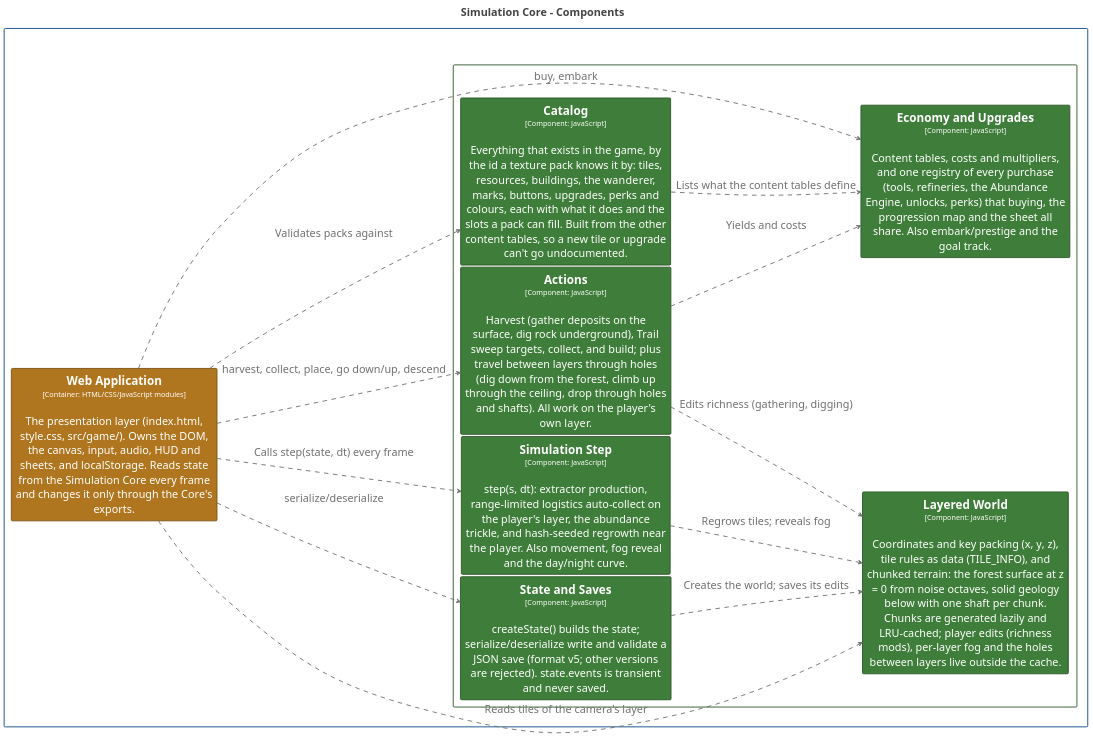
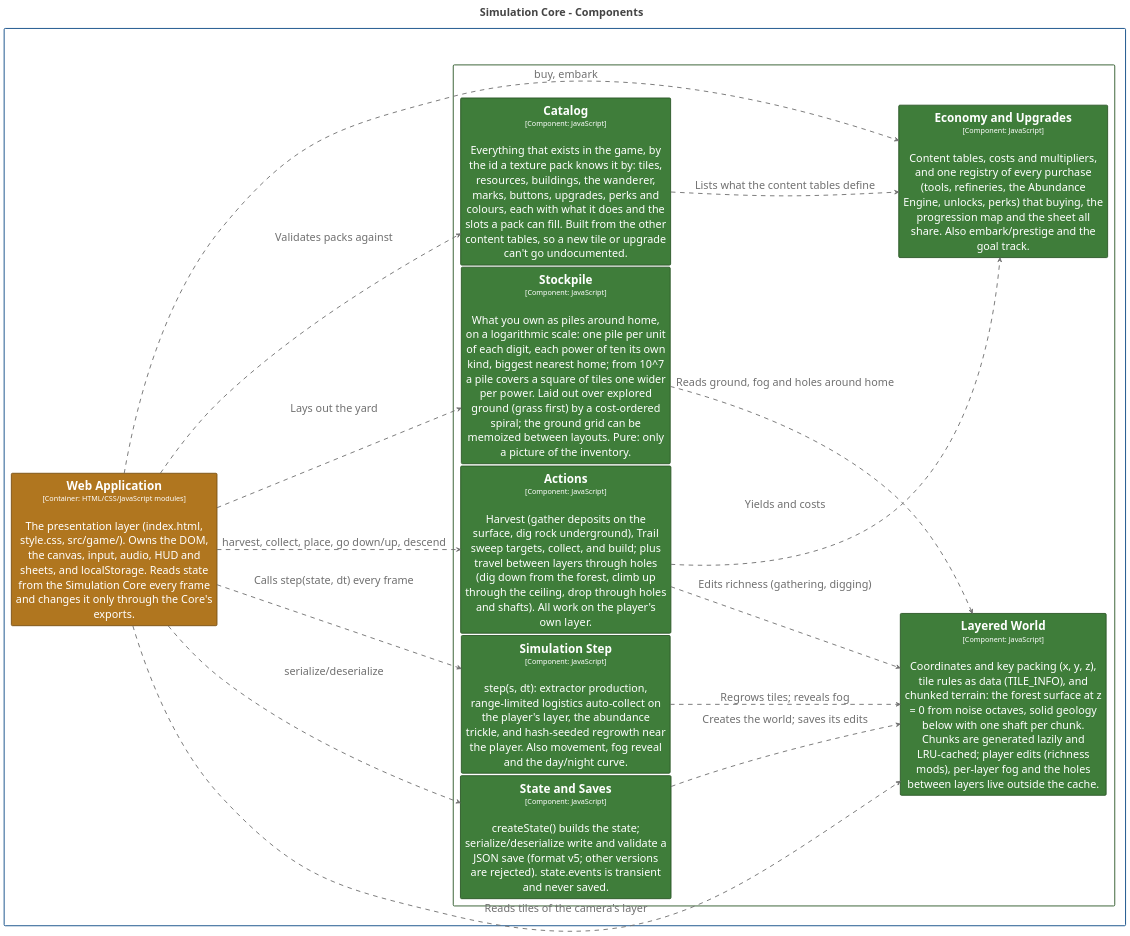
The diagram in structurizr/diagrams/CoreComponents.puml (bitkojine/more-than-enough), drawn with PlantUML before and after one commit. The commit also changed 60 other files, not shown here.

First line of the commit message:
v0.25.0: the stockpile, everything you own piled around home

```diff
--- a/structurizr/diagrams/CoreComponents.puml
+++ b/structurizr/diagrams/CoreComponents.puml
@@ -2,97 +2,100 @@
 @startuml
 title <size:24>Simulation Core - Components</size>
 
 set separator none
 left to right direction
 skinparam ranksep 20
 skinparam nodesep 5
 hide stereotype
 
 <style>
   root {
     BackgroundColor: #ffffff;
     FontColor: #444444;
   }
   // Element,Component,Core Engine
   .Element-RWxlbWVudCxDb21wb25lbnQsQ29yZSBFbmdpbmU= {
     BackgroundColor: #3f7d3a;
     LineColor: #2c5728;
     LineStyle: 0;
     LineThickness: 2;
     FontColor: #ffffff;
     FontSize: 24;
     HorizontalAlignment: center;
     Shadowing: 0;
     MaximumWidth: 450;
   }
   // Element,Container,Presentation
   .Element-RWxlbWVudCxDb250YWluZXIsUHJlc2VudGF0aW9u {
     BackgroundColor: #b0761f;
     LineColor: #7b5215;
     LineStyle: 0;
     LineThickness: 2;
     FontColor: #ffffff;
     FontSize: 24;
     HorizontalAlignment: center;
     Shadowing: 0;
     MaximumWidth: 450;
   }
   // Relationship
   .Relationship-UmVsYXRpb25zaGlw {
     LineThickness: 2;
     LineStyle: 10-10;
     LineColor: #707070;
     FontColor: #707070;
     FontSize: 24;
     MaximumWidth: 200;
   }
   // MORE THAN ENOUGH
   .Boundary-TU9SRSBUSEFOIEVOT1VHSA== {
     BackgroundColor: #ffffff;
     LineColor: #0b4884;
     LineStyle: 0;
     LineThickness: 2;
     FontColor: #ffffff;
     FontSize: 24;
     HorizontalAlignment: center;
     Shadowing: 0;
   }
   // Simulation Core
   .Boundary-U2ltdWxhdGlvbiBDb3Jl {
     BackgroundColor: #ffffff;
     LineColor: #2c5728;
     LineStyle: 0;
     LineThickness: 2;
     FontColor: #ffffff;
     FontSize: 24;
     HorizontalAlignment: center;
     Shadowing: 0;
   }
 </style>
 
 rectangle "MORE THAN ENOUGH\n<size:16>[Software System]</size>" <<Boundary-TU9SRSBUSEFOIEVOT1VHSA==>> {
   rectangle "Simulation Core\n<size:16>[Container: JavaScript modules (browser + Node)]</size>" <<Boundary-U2ltdWxhdGlvbiBDb3Jl>> {
     rectangle "==Layered World\n<size:16>[Component: JavaScript]</size>\n\nCoordinates and key packing (x, y, z), tile rules as data (TILE_INFO), and chunked terrain: the forest surface at z = 0 from noise octaves, solid geology below with one shaft per chunk. Chunks are generated lazily and LRU-cached; player edits (richness mods), per-layer fog and the holes between layers live outside the cache." <<Element-RWxlbWVudCxDb21wb25lbnQsQ29yZSBFbmdpbmU=>> as MORETHANENOUGH.SimulationCore.LayeredWorld
     rectangle "==State and Saves\n<size:16>[Component: JavaScript]</size>\n\ncreateState() builds the state; serialize/deserialize write and validate a JSON save (format v5; other versions are rejected). state.events is transient and never saved." <<Element-RWxlbWVudCxDb21wb25lbnQsQ29yZSBFbmdpbmU=>> as MORETHANENOUGH.SimulationCore.StateandSaves
     rectangle "==Simulation Step\n<size:16>[Component: JavaScript]</size>\n\nstep(s, dt): extractor production, range-limited logistics auto-collect on the player's layer, the abundance trickle, and hash-seeded regrowth near the player. Also movement, fog reveal and the day/night curve." <<Element-RWxlbWVudCxDb21wb25lbnQsQ29yZSBFbmdpbmU=>> as MORETHANENOUGH.SimulationCore.SimulationStep
     rectangle "==Actions\n<size:16>[Component: JavaScript]</size>\n\nHarvest (gather deposits on the surface, dig rock underground), Trail sweep targets, collect, and build; plus travel between layers through holes (dig down from the forest, climb up through the ceiling, drop through holes and shafts). All work on the player's own layer." <<Element-RWxlbWVudCxDb21wb25lbnQsQ29yZSBFbmdpbmU=>> as MORETHANENOUGH.SimulationCore.Actions
+    rectangle "==Stockpile\n<size:16>[Component: JavaScript]</size>\n\nWhat you own as piles around home, on a logarithmic scale: one pile per unit of each digit, each power of ten its own kind, biggest nearest home; from 10^7 a pile covers a square of tiles one wider per power. Laid out over explored ground (grass first) by a cost-ordered spiral; the ground grid can be memoized between layouts. Pure: only a picture of the inventory." <<Element-RWxlbWVudCxDb21wb25lbnQsQ29yZSBFbmdpbmU=>> as MORETHANENOUGH.SimulationCore.Stockpile
     rectangle "==Catalog\n<size:16>[Component: JavaScript]</size>\n\nEverything that exists in the game, by the id a texture pack knows it by: tiles, resources, buildings, the wanderer, marks, buttons, upgrades, perks and colours, each with what it does and the slots a pack can fill. Built from the other content tables, so a new tile or upgrade can't go undocumented." <<Element-RWxlbWVudCxDb21wb25lbnQsQ29yZSBFbmdpbmU=>> as MORETHANENOUGH.SimulationCore.Catalog
     rectangle "==Economy and Upgrades\n<size:16>[Component: JavaScript]</size>\n\nContent tables, costs and multipliers, and one registry of every purchase (tools, refineries, the Abundance Engine, unlocks, perks) that buying, the progression map and the sheet all share. Also embark/prestige and the goal track." <<Element-RWxlbWVudCxDb21wb25lbnQsQ29yZSBFbmdpbmU=>> as MORETHANENOUGH.SimulationCore.EconomyandUpgrades
   }
 
   rectangle "==Web Application\n<size:16>[Container: HTML/CSS/JavaScript modules]</size>\n\nThe presentation layer (index.html, style.css, src/game/). Owns the DOM, the canvas, input, audio, HUD and sheets, and localStorage. Reads state from the Simulation Core every frame and changes it only through the Core's exports." <<Element-RWxlbWVudCxDb250YWluZXIsUHJlc2VudGF0aW9u>> as MORETHANENOUGH.WebApplication
 }
 
 MORETHANENOUGH.WebApplication --> MORETHANENOUGH.SimulationCore.SimulationStep <<Relationship-UmVsYXRpb25zaGlw>> : "Calls step(state, dt) every frame"
 MORETHANENOUGH.WebApplication --> MORETHANENOUGH.SimulationCore.Actions <<Relationship-UmVsYXRpb25zaGlw>> : "harvest, collect, place, go down/up, descend"
 MORETHANENOUGH.WebApplication --> MORETHANENOUGH.SimulationCore.EconomyandUpgrades <<Relationship-UmVsYXRpb25zaGlw>> : "buy, embark"
 MORETHANENOUGH.WebApplication --> MORETHANENOUGH.SimulationCore.LayeredWorld <<Relationship-UmVsYXRpb25zaGlw>> : "Reads tiles of the camera's layer"
 MORETHANENOUGH.WebApplication --> MORETHANENOUGH.SimulationCore.StateandSaves <<Relationship-UmVsYXRpb25zaGlw>> : "serialize/deserialize"
+MORETHANENOUGH.WebApplication --> MORETHANENOUGH.SimulationCore.Stockpile <<Relationship-UmVsYXRpb25zaGlw>> : "Lays out the yard"
+MORETHANENOUGH.SimulationCore.Stockpile --> MORETHANENOUGH.SimulationCore.LayeredWorld <<Relationship-UmVsYXRpb25zaGlw>> : "Reads ground, fog and holes around home"
 MORETHANENOUGH.WebApplication --> MORETHANENOUGH.SimulationCore.Catalog <<Relationship-UmVsYXRpb25zaGlw>> : "Validates packs against"
 MORETHANENOUGH.SimulationCore.Catalog --> MORETHANENOUGH.SimulationCore.EconomyandUpgrades <<Relationship-UmVsYXRpb25zaGlw>> : "Lists what the content tables define"
 MORETHANENOUGH.SimulationCore.SimulationStep --> MORETHANENOUGH.SimulationCore.LayeredWorld <<Relationship-UmVsYXRpb25zaGlw>> : "Regrows tiles; reveals fog"
 MORETHANENOUGH.SimulationCore.Actions --> MORETHANENOUGH.SimulationCore.LayeredWorld <<Relationship-UmVsYXRpb25zaGlw>> : "Edits richness (gathering, digging)"
 MORETHANENOUGH.SimulationCore.Actions --> MORETHANENOUGH.SimulationCore.EconomyandUpgrades <<Relationship-UmVsYXRpb25zaGlw>> : "Yields and costs"
 MORETHANENOUGH.SimulationCore.StateandSaves --> MORETHANENOUGH.SimulationCore.LayeredWorld <<Relationship-UmVsYXRpb25zaGlw>> : "Creates the world; saves its edits"
 
 @enduml
```
